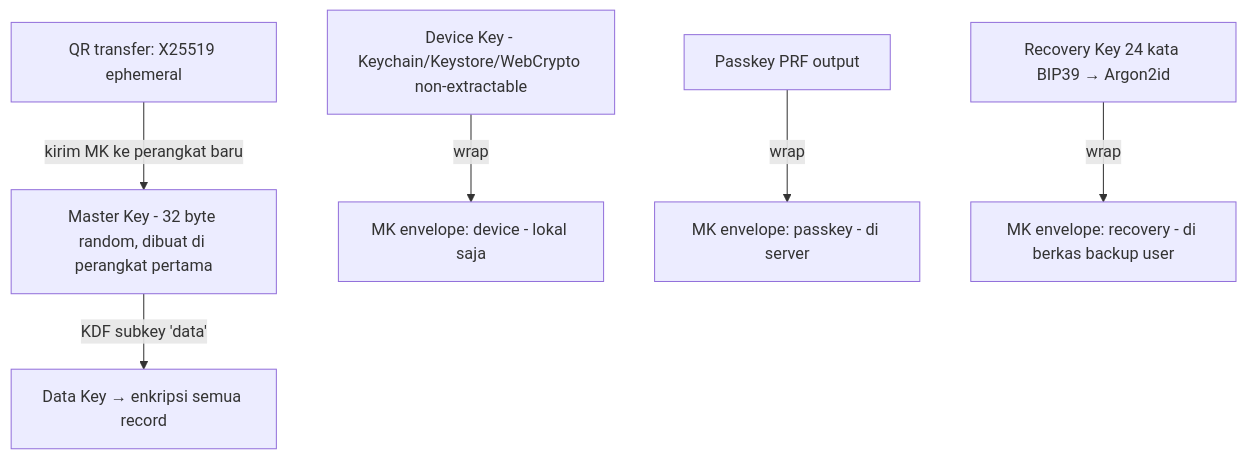
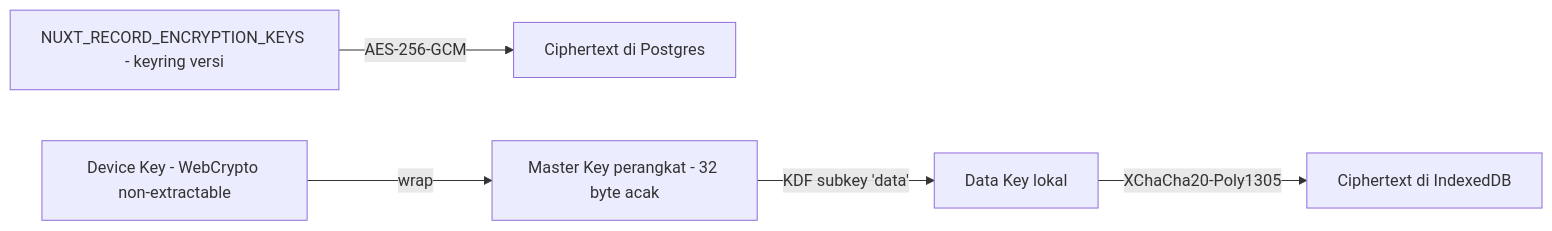
One commit to rijalsolahudin/improve-personal-web changed the third of 4 diagrams in ARCHITECTURE.md. Above: the diagram before and after it, drawn with Mermaid. The commit also changed other lines of this file and 230 other files, not shown here.

First line of the commit message:
feat(server)!: enkripsi at-rest di server, hapus E2EE

````diff
--- a/ARCHITECTURE.md
+++ b/ARCHITECTURE.md
@@ -240,9 +214,7 @@
 ```mermaid
-flowchart TD
-  MK[Master Key - 32 byte random, dibuat di perangkat pertama]
-  MK -->|KDF subkey 'data'| DK[Data Key → enkripsi semua record]
-  DEV[Device Key - Keychain/Keystore/WebCrypto non-extractable] -->|wrap| E1[MK envelope: device - lokal saja]
-  PK[Passkey PRF output] -->|wrap| E2[MK envelope: passkey - di server]
-  RK[Recovery Key 24 kata BIP39 → Argon2id] -->|wrap| E3[MK envelope: recovery - di berkas backup user]
-  QR[QR transfer: X25519 ephemeral] -->|kirim MK ke perangkat baru| MK
+flowchart LR
+  ENV[NUXT_RECORD_ENCRYPTION_KEYS - keyring versi] -->|AES-256-GCM| SRV[Ciphertext di Postgres]
+  MK[Master Key perangkat - 32 byte acak] -->|KDF subkey 'data'| DK[Data Key lokal]
+  DK -->|XChaCha20-Poly1305| IDB[Ciphertext di IndexedDB]
+  DEV[Device Key - WebCrypto non-extractable] -->|wrap| MK
 ```
````
